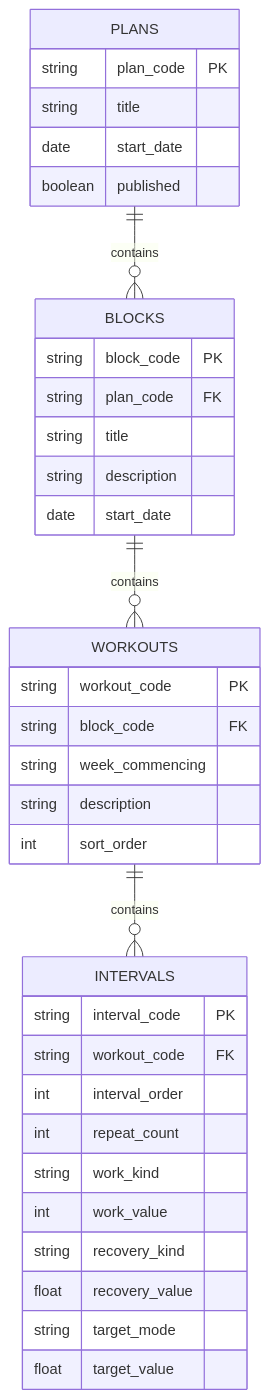
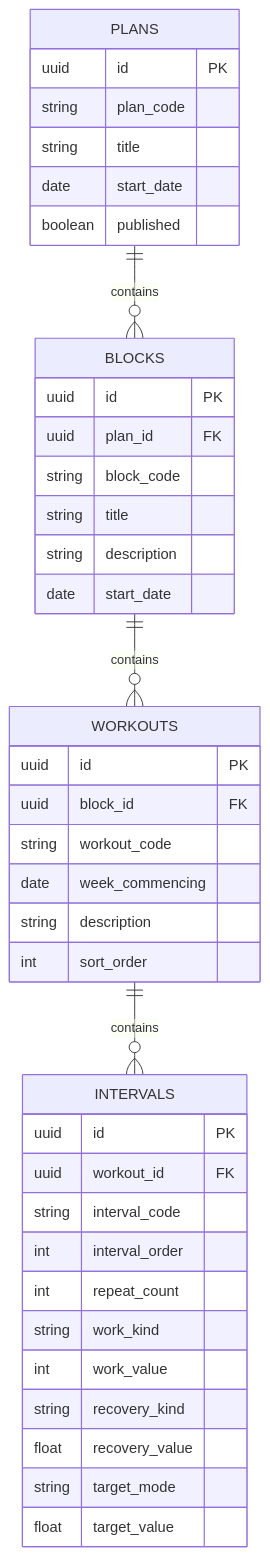
Before and after one commit to dxdavidson/nbrctraining: the diagram in docs/database-schema.md, drawn with Mermaid. The commit also changed 31 other files, not shown here.

````diff
--- a/docs/database-schema.md
+++ b/docs/database-schema.md
@@ -1,38 +1,42 @@
 ```mermaid
 erDiagram
 	PLANS {
-		string plan_code PK
+        uuid id PK
+		string plan_code
 		string title
 		date start_date
 		boolean published
 	}
 	BLOCKS {
-		string block_code PK
-		string plan_code FK
+		uuid id PK
+        uuid plan_id FK
+		string block_code 
 		string title
 		string description
 		date start_date
 	}
 	WORKOUTS {
-		string workout_code PK
-		string block_code FK
-		string week_commencing
+        uuid id PK
+        uuid block_id FK		
+		string workout_code
+		date week_commencing
 		string description
 		int sort_order
 	}
 	INTERVALS {
-		string interval_code PK
-		string workout_code FK
+        uuid id PK
+        uuid workout_id FK		
+		string interval_code
 		int interval_order
 		int repeat_count
 		string work_kind
 		int work_value
 		string recovery_kind
 		float recovery_value
 		string target_mode
 		float target_value
 	}
 	PLANS ||--o{ BLOCKS : contains
 	BLOCKS ||--o{ WORKOUTS : contains
 	WORKOUTS ||--o{ INTERVALS : contains
 ```
````
